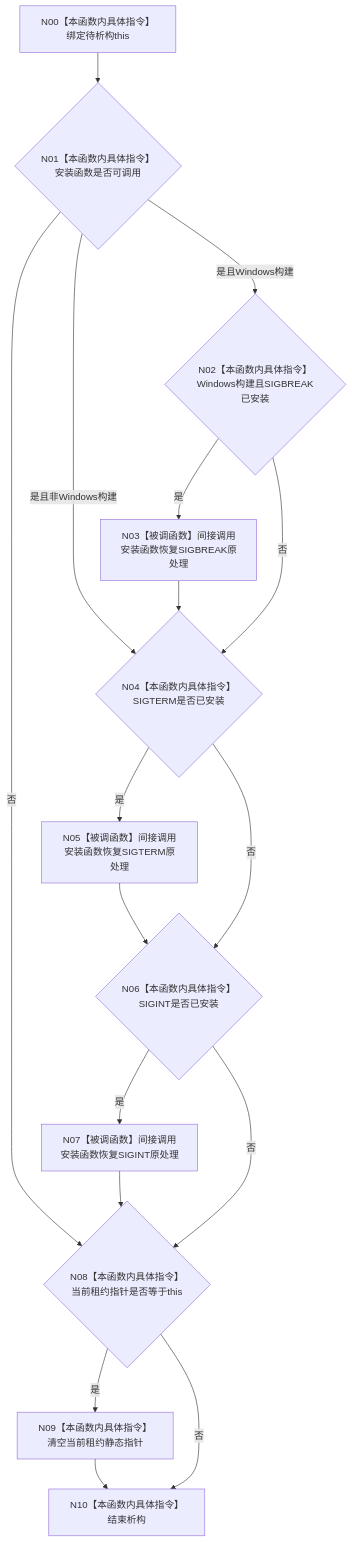
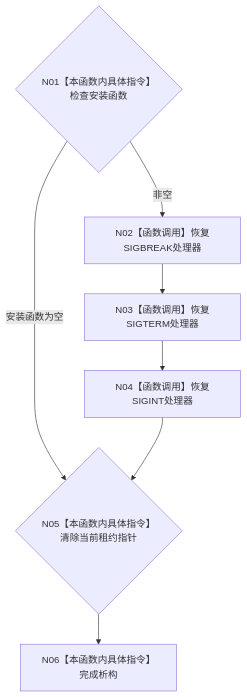
The diagram in 流程图/代码流程图/L3/CF-L3-0013_停止信号租约_析构_现状流程图.md (chunhaizh-cyber/HY-Ego), drawn with Mermaid before and after one commit. The commit also changed other lines of this file and 144 other files, not shown here.

First line of the commit message:
知识: 清理过期规范与旧设计、刷新流程图与计划、新增I64等价消费设计与L2需求合同

````diff
--- a/流程图/代码流程图/L3/CF-L3-0013_停止信号租约_析构_现状流程图.md
+++ b/流程图/代码流程图/L3/CF-L3-0013_停止信号租约_析构_现状流程图.md
@@ -14,26 +20,12 @@
 ```mermaid
 flowchart TD
-    N00["N00【本函数内具体指令】绑定待析构this"]
-    N01{"N01【本函数内具体指令】安装函数是否可调用"}
-    N02{"N02【本函数内具体指令】Windows构建且SIGBREAK已安装"}
-    N03["N03【被调函数】间接调用安装函数恢复SIGBREAK原处理"]
-    N04{"N04【本函数内具体指令】SIGTERM是否已安装"}
-    N05["N05【被调函数】间接调用安装函数恢复SIGTERM原处理"]
-    N06{"N06【本函数内具体指令】SIGINT是否已安装"}
-    N07["N07【被调函数】间接调用安装函数恢复SIGINT原处理"]
-    N08{"N08【本函数内具体指令】当前租约指针是否等于this"}
-    N09["N09【本函数内具体指令】清空当前租约静态指针"]
-    N10["N10【本函数内具体指令】结束析构"]
-    N00 --> N01
-    N01 -- "否" --> N08
-    N01 -- "是且非Windows构建" --> N04
-    N01 -- "是且Windows构建" --> N02
-    N02 -- "是" --> N03 --> N04
-    N02 -- "否" --> N04
-    N04 -- "是" --> N05 --> N06
-    N04 -- "否" --> N06
-    N06 -- "是" --> N07 --> N08
-    N06 -- "否" --> N08
-    N08 -- "是" --> N09 --> N10
-    N08 -- "否" --> N10
+    N01{"N01【本函数内具体指令】检查安装函数"}
+    N02["N02【函数调用】恢复SIGBREAK处理器"]
+    N03["N03【函数调用】恢复SIGTERM处理器"]
+    N04["N04【函数调用】恢复SIGINT处理器"]
+    N05{"N05【本函数内具体指令】清除当前租约指针"}
+    N06["N06【本函数内具体指令】完成析构"]
+    N01 -- "安装函数为空" --> N05
+    N01 -- "非空" --> N02 --> N03 --> N04 --> N05
+    N05 --> N06
 ```
````
